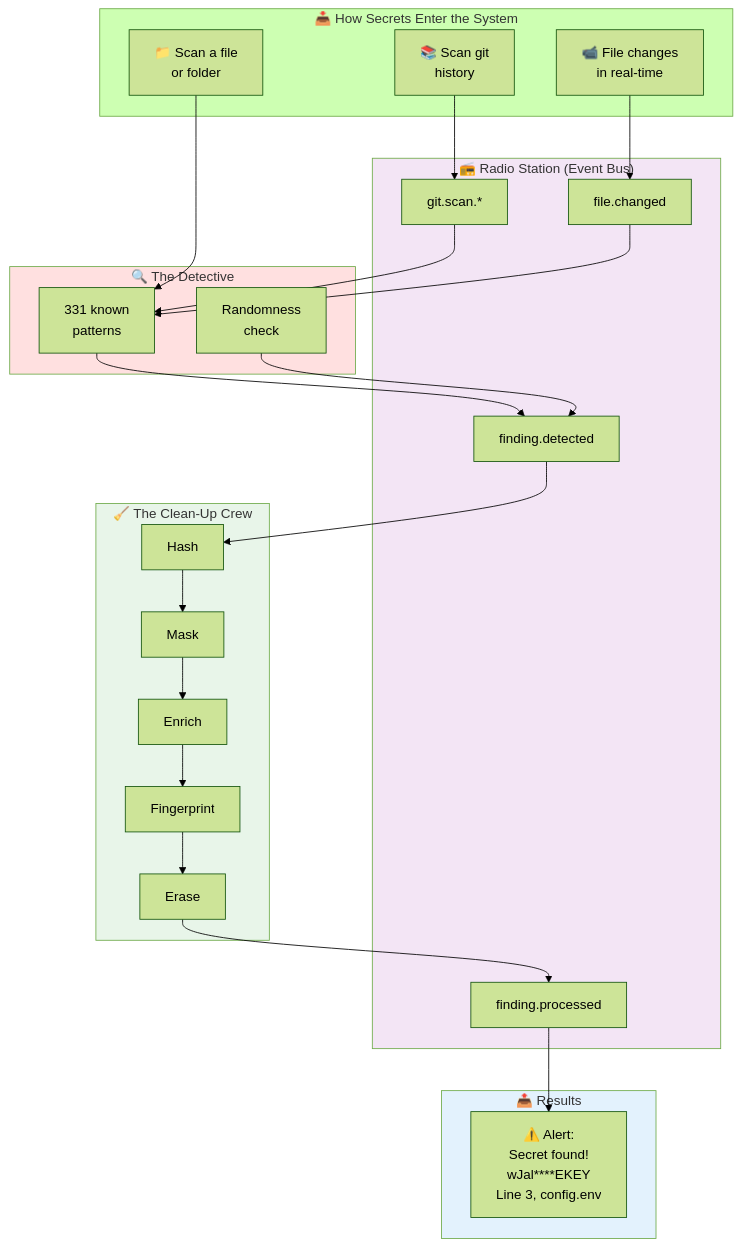
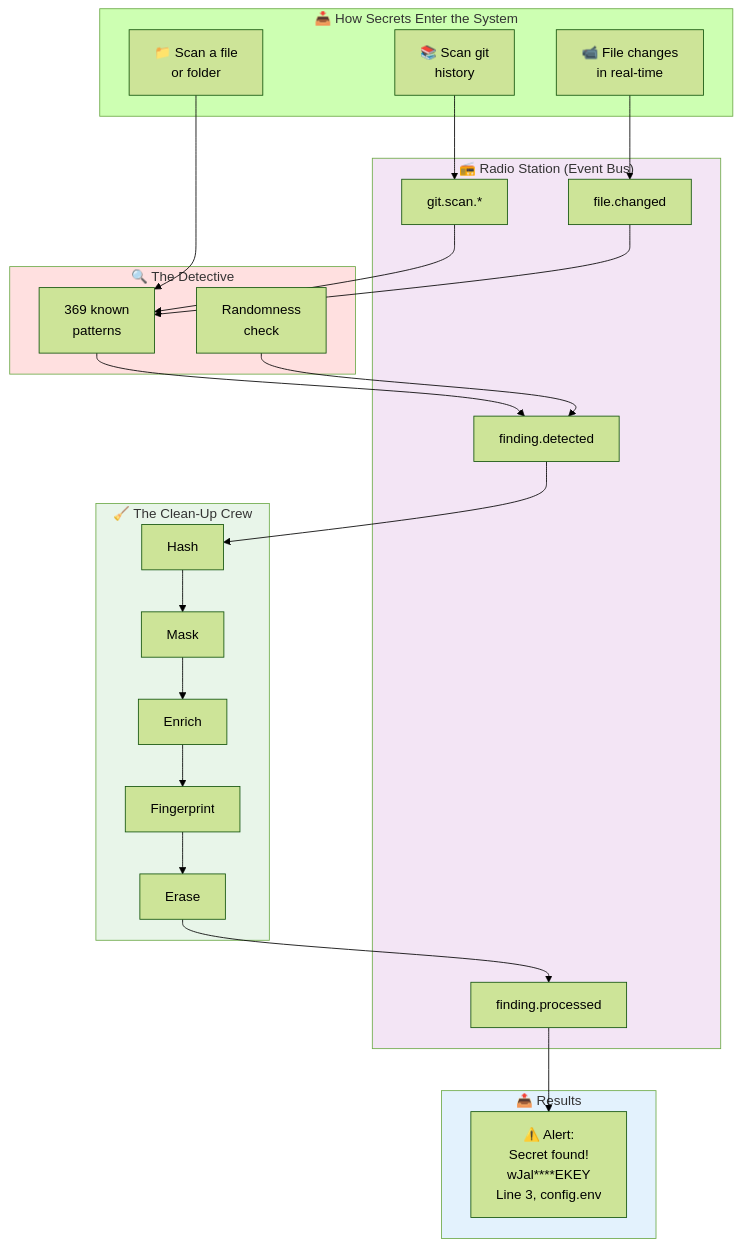
Before and after one commit to svemulapati/CredVigil: diagram 20 of 22 in docs/training/00-System-Design-Simple-Overview.md, drawn with Mermaid (forest theme). The commit also changed other lines of this file and 20 other files, not shown here.

````diff
--- a/docs/training/00-System-Design-Simple-Overview.md
+++ b/docs/training/00-System-Design-Simple-Overview.md
@@ -601,44 +601,44 @@
 ```mermaid
 flowchart TB
     subgraph INPUT["📥 How Secrets Enter the System"]
         FILE["📁 Scan a file\nor folder"]
         GIT["📚 Scan git\nhistory"]
         WATCH["📹 File changes\nin real-time"]
     end
 
     subgraph BUS["📻 Radio Station (Event Bus)"]
         FC["file.changed"]
         GS["git.scan.*"]
         FD["finding.detected"]
         FP["finding.processed"]
     end
 
     subgraph DETECTION["🔍 The Detective"]
-        REGEX["331 known\npatterns"]
+        REGEX["369 known\npatterns"]
         ENTROPY["Randomness\ncheck"]
     end
 
     subgraph PIPELINE["🧹 The Clean-Up Crew"]
         HASH["Hash"] --> MASK["Mask"] --> ENRICH["Enrich"] --> FPRINT["Fingerprint"] --> SANITIZE["Erase"]
     end
 
     subgraph OUTPUT["📤 Results"]
         ALERT["⚠️ Alert:\nSecret found!\nwJal****EKEY\nLine 3, config.env"]
     end
 
     WATCH --> FC
     FILE --> REGEX
     GIT --> GS
     GS --> REGEX
     FC --> REGEX
     REGEX --> FD
     ENTROPY --> FD
     FD --> HASH
     SANITIZE --> FP
     FP --> ALERT
 
     style BUS fill:#f3e5f5
     style DETECTION fill:#ffe0e0
     style PIPELINE fill:#e8f5e9
     style OUTPUT fill:#e3f2fd
 ```
````
